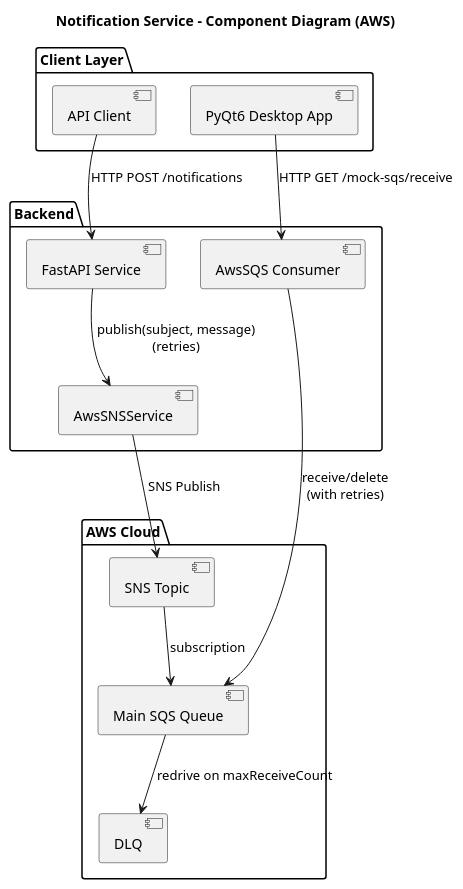
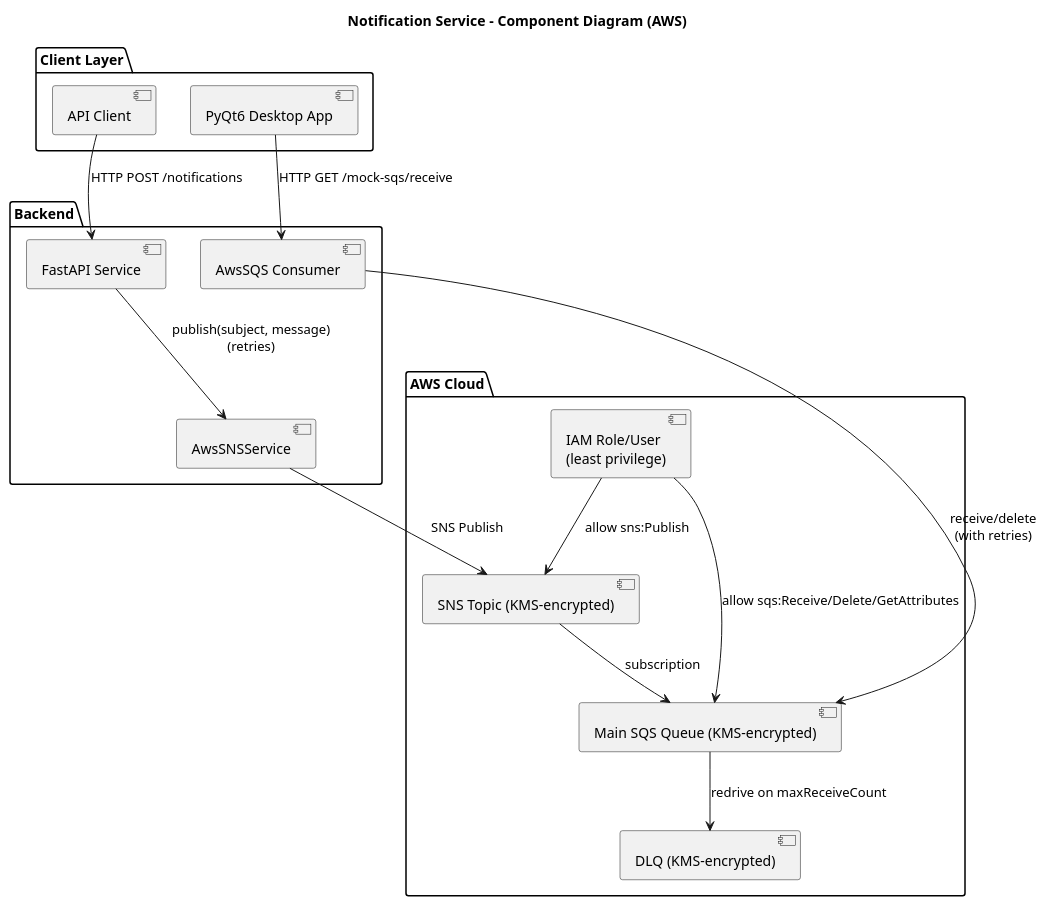
One commit to JuanPlazasEpam/sns-example changed the diagram in diagrams/component.puml. Above: the diagram before and after it, drawn with PlantUML. The commit also changed 4 other files, not shown here.

```diff
--- a/diagrams/component.puml
+++ b/diagrams/component.puml
@@ -1,33 +1,37 @@
 @startuml
 title Notification Service – Component Diagram (AWS)
 
 package "Client Layer" {
     [API Client]
     [PyQt6 Desktop App]
 }
 
 package "Backend" {
     [FastAPI Service]
     [AwsSNSService]
     [AwsSQS Consumer]
 }
 
 package "AWS Cloud" {
-    [SNS Topic]
-    [Main SQS Queue]
-    [DLQ]
+    [SNS Topic (KMS-encrypted)]
+    [Main SQS Queue (KMS-encrypted)]
+    [DLQ (KMS-encrypted)]
+    [IAM Role/User\n(least privilege)]
 }
 
 [API Client] --> [FastAPI Service] : HTTP POST /notifications
 
 [FastAPI Service] --> [AwsSNSService] : publish(subject, message)\n(retries)
 
-[AwsSNSService] --> [SNS Topic] : SNS Publish
-[SNS Topic] --> [Main SQS Queue] : subscription
+[AwsSNSService] --> [SNS Topic (KMS-encrypted)] : SNS Publish
+[SNS Topic (KMS-encrypted)] --> [Main SQS Queue (KMS-encrypted)] : subscription
 
 [PyQt6 Desktop App] --> [AwsSQS Consumer] : HTTP GET /mock-sqs/receive
-[AwsSQS Consumer] --> [Main SQS Queue] : receive/delete\n(with retries)
+[AwsSQS Consumer] --> [Main SQS Queue (KMS-encrypted)] : receive/delete\n(with retries)
 
-[Main SQS Queue] --> [DLQ] : redrive on maxReceiveCount
+[Main SQS Queue (KMS-encrypted)] --> [DLQ (KMS-encrypted)] : redrive on maxReceiveCount
+
+[IAM Role/User\n(least privilege)] --> [SNS Topic (KMS-encrypted)] : allow sns:Publish
+[IAM Role/User\n(least privilege)] --> [Main SQS Queue (KMS-encrypted)] : allow sqs:Receive/Delete/GetAttributes
 
 @enduml
```
